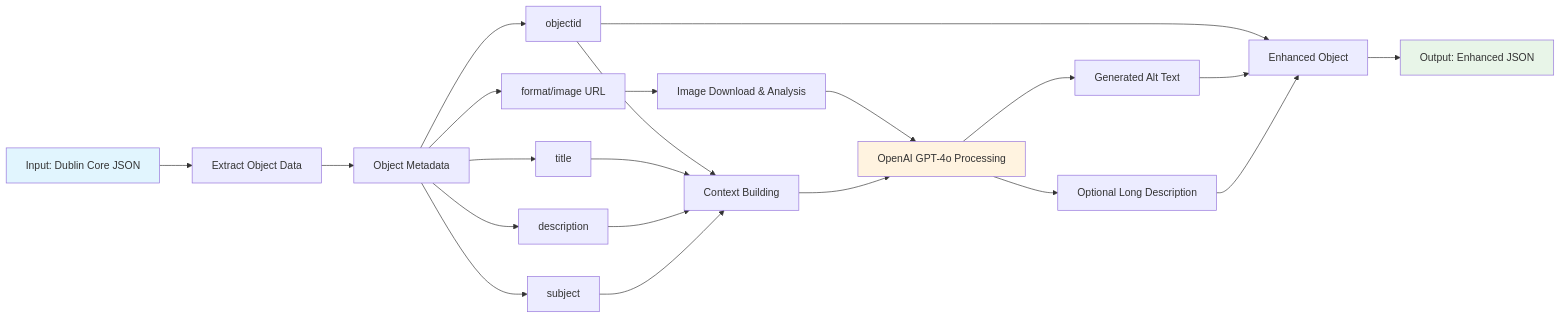
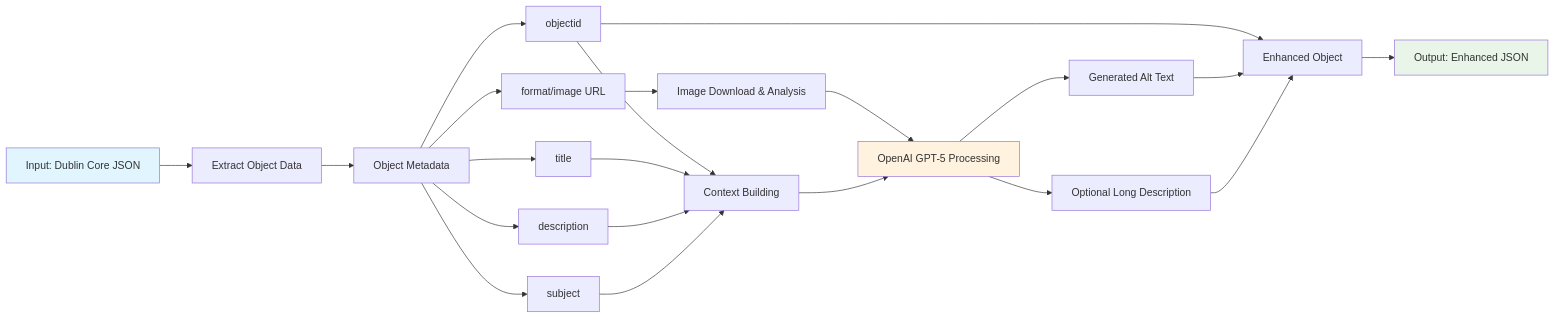
Before and after one commit to maehr/dublin-core-metadata-enhancer: the sixth of 7 diagrams in documentation/metadata-enhancement.md, drawn with Mermaid. The commit also changed other lines of this file and 6 other files, not shown here.

````diff
--- a/documentation/metadata-enhancement.md
+++ b/documentation/metadata-enhancement.md
@@ -226,33 +226,33 @@
 ```{mermaid}
 graph LR
     A[Input: Dublin Core JSON] --> B[Extract Object Data]
     B --> C[Object Metadata]
 
     C --> D[objectid]
     C --> E[title]
     C --> F[description]
     C --> G[subject]
     C --> H[format/image URL]
 
     H --> I[Image Download & Analysis]
     D --> J[Context Building]
     E --> J
     F --> J
     G --> J
 
-    I --> K[OpenAI GPT-4o Processing]
+    I --> K[OpenAI GPT-5 Processing]
     J --> K
 
     K --> L[Generated Alt Text]
     K --> M[Optional Long Description]
 
     D --> N[Enhanced Object]
     L --> N
     M --> N
 
     N --> O[Output: Enhanced JSON]
 
     style A fill:#e1f5fe
     style O fill:#e8f5e8
     style K fill:#fff3e0
 ```
````
